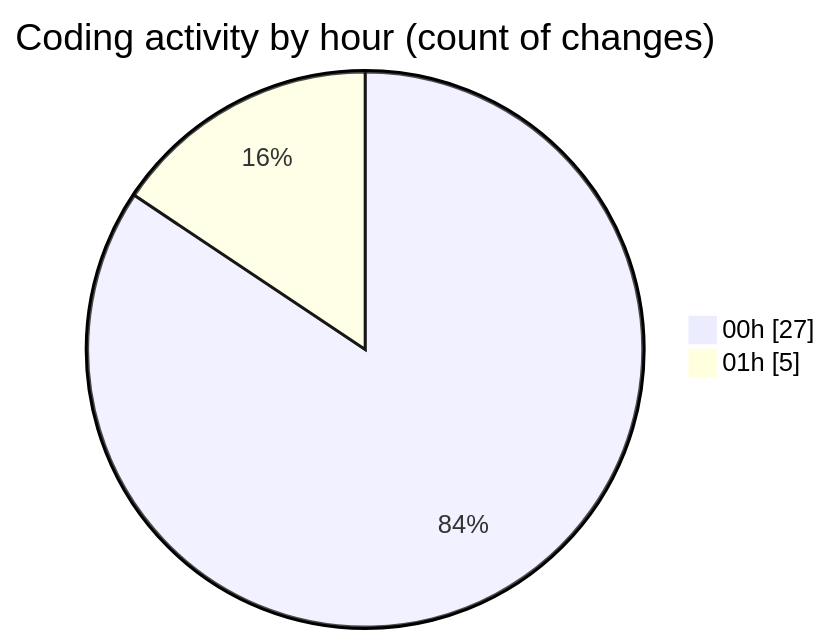
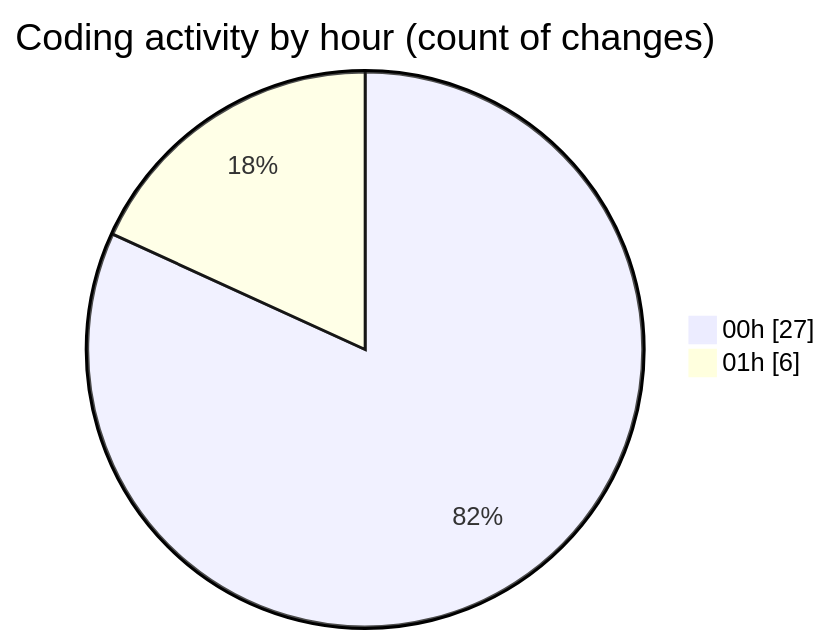
One commit to donsfak/code-tracking changed the second of 2 diagrams in 2025-01-24/trackers_app/README.md. Above: the diagram before and after it, drawn with Mermaid. The commit also changed other lines of this file and 1 other file, not shown here.

````diff
--- a/2025-01-24/trackers_app/README.md
+++ b/2025-01-24/trackers_app/README.md
@@ -32,6 +32,6 @@
 ```mermaid
 pie showData
 title Coding activity by hour (count of changes)
 "00h" : 27
-"01h" : 5
+"01h" : 6
 ```
````
